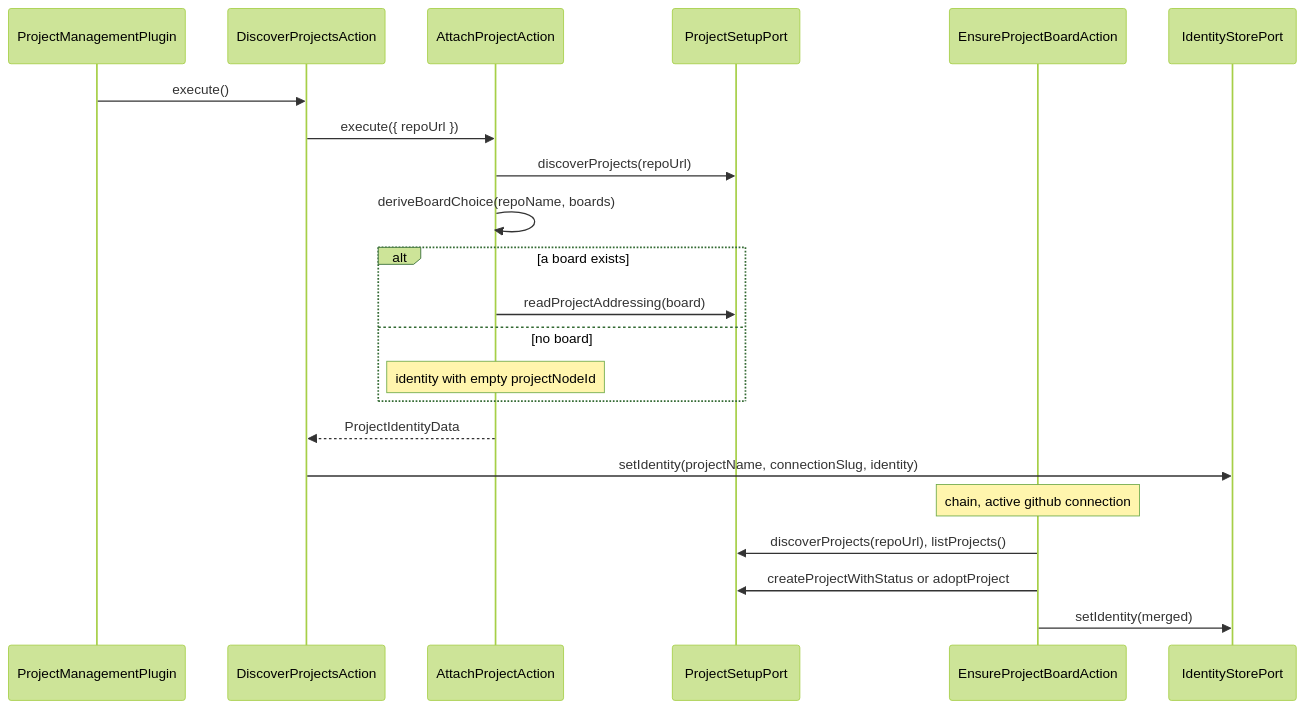
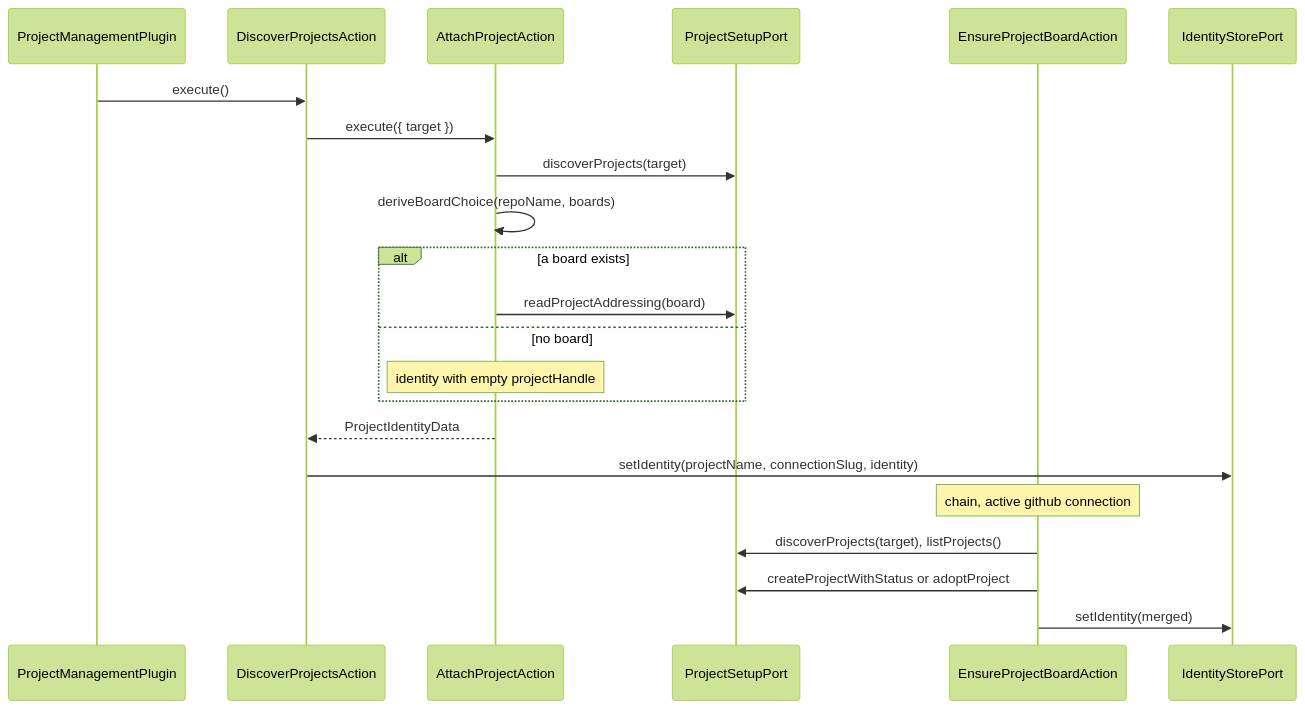
Diagram 18 of 18 in docs/developer-manual.md (99linesofcode/obsidian-project-management), drawn with Mermaid (forest theme) before and after one commit. The commit also changed other lines of this file and 15 other files, not shown here.

First line of the commit message:
refactor: neutralise the project identity vocabulary

````diff
--- a/docs/developer-manual.md
+++ b/docs/developer-manual.md
@@ -824,25 +825,25 @@
 ```mermaid
 sequenceDiagram
   participant P as ProjectManagementPlugin
   participant D as DiscoverProjectsAction
   participant A as AttachProjectAction
   participant Setup as ProjectSetupPort
   participant Ens as EnsureProjectBoardAction
   participant SS as IdentityStorePort
 
   P->>D: execute()
-  D->>A: execute({ repoUrl })
-  A->>Setup: discoverProjects(repoUrl)
+  D->>A: execute({ target })
+  A->>Setup: discoverProjects(target)
   A->>A: deriveBoardChoice(repoName, boards)
   alt a board exists
     A->>Setup: readProjectAddressing(board)
   else no board
-    Note over A: identity with empty projectNodeId
+    Note over A: identity with empty projectHandle
   end
   A-->>D: ProjectIdentityData
   D->>SS: setIdentity(projectName, connectionSlug, identity)
   Note over Ens: chain, active github connection
-  Ens->>Setup: discoverProjects(repoUrl), listProjects()
+  Ens->>Setup: discoverProjects(target), listProjects()
   Ens->>Setup: createProjectWithStatus or adoptProject
   Ens->>SS: setIdentity(merged)
 ```
````
